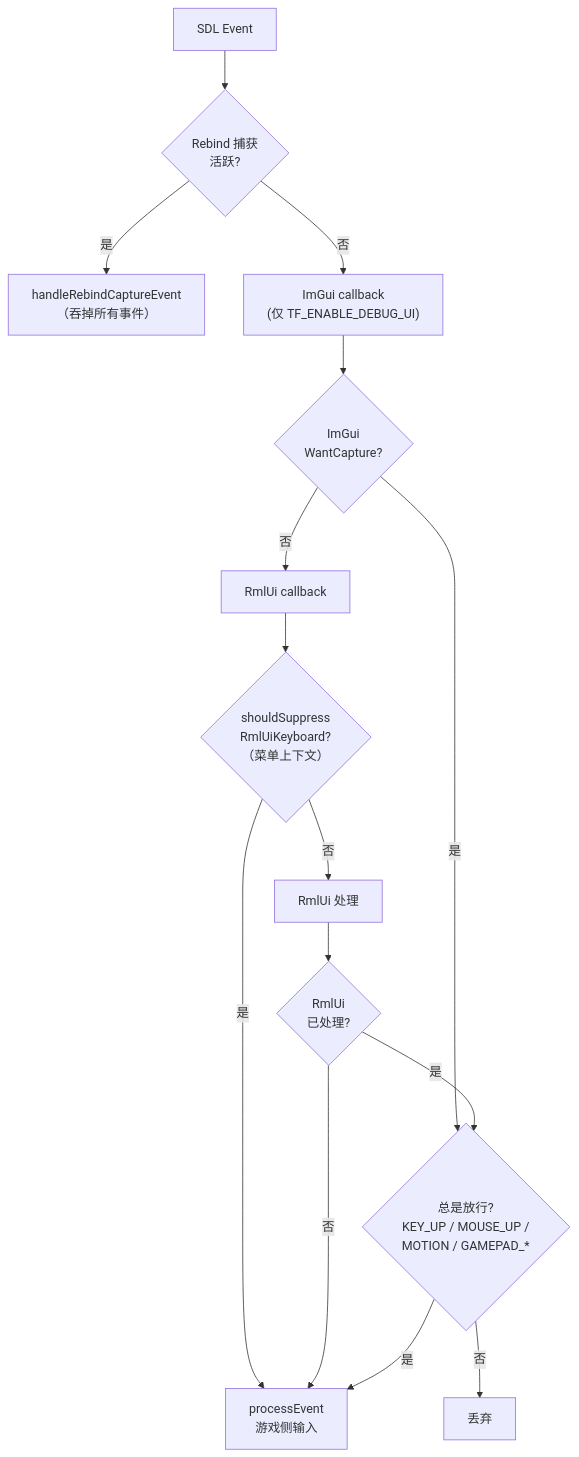
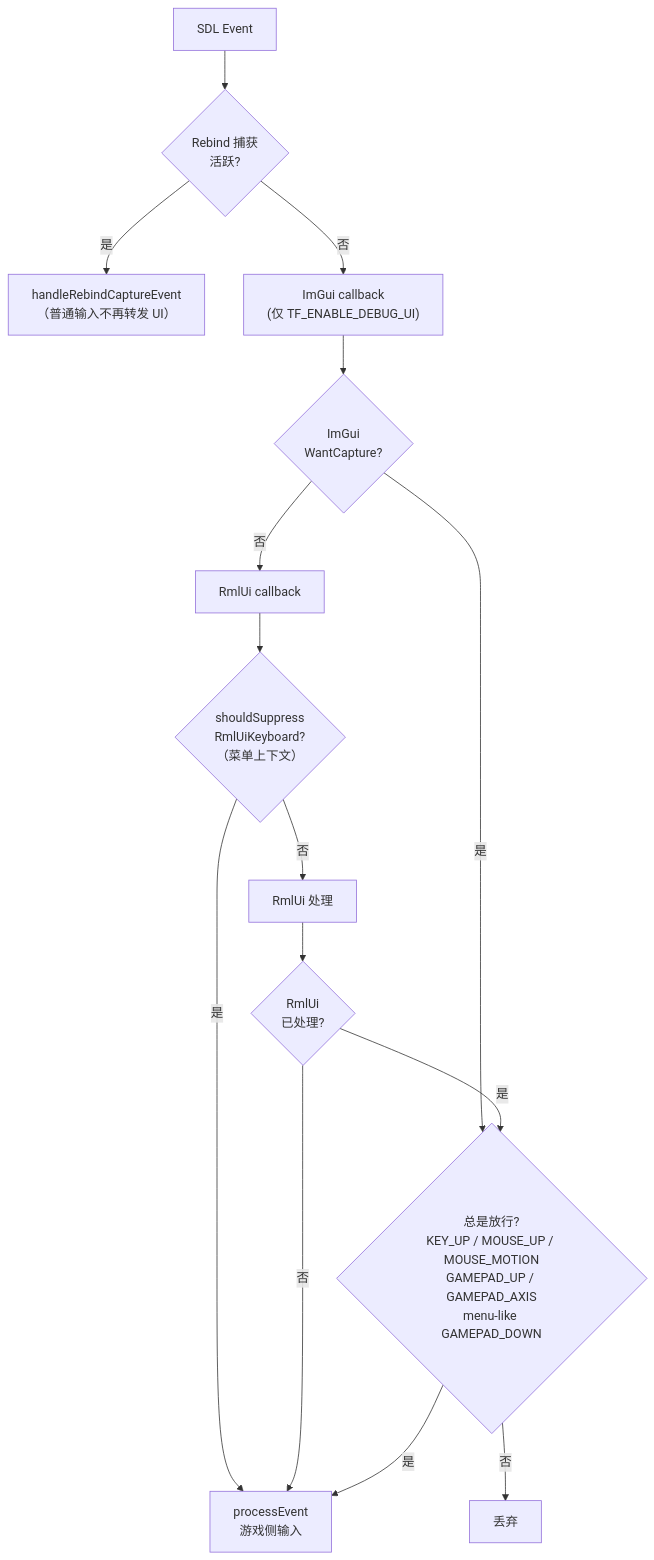
The fifth of 6 diagrams in lecture_plans/lectures/05-输入上下文与菜单导航.md (WispSnow/TinyFarmRPG), drawn with Mermaid before and after one commit. The commit also changed other lines of this file and 7 other files, not shown here.

````diff
--- a/lecture_plans/lectures/05-输入上下文与菜单导航.md
+++ b/lecture_plans/lectures/05-输入上下文与菜单导航.md
@@ -228,17 +232,17 @@
 ```mermaid
 flowchart TD
     SDL["SDL Event"] --> RBC{"Rebind 捕获<br/>活跃?"}
-    RBC -- "是" --> RBH["handleRebindCaptureEvent<br/>（吞掉所有事件）"]
+    RBC -- "是" --> RBH["handleRebindCaptureEvent<br/>（普通输入不再转发 UI）"]
     RBC -- "否" --> IM["ImGui callback<br/>(仅 TF_ENABLE_DEBUG_UI)"]
     IM --> IGCAP{"ImGui<br/>WantCapture?"}
-    IGCAP -- "是" --> ALWAYS{"总是放行?<br/>KEY_UP / MOUSE_UP /<br/>MOTION / GAMEPAD_*"}
+    IGCAP -- "是" --> ALWAYS{"总是放行?<br/>KEY_UP / MOUSE_UP / MOUSE_MOTION<br/>GAMEPAD_UP / GAMEPAD_AXIS<br/>menu-like GAMEPAD_DOWN"}
     IGCAP -- "否" --> RML["RmlUi callback"]
     RML --> SUP{"shouldSuppress<br/>RmlUiKeyboard?<br/>（菜单上下文）"}
     SUP -- "是" --> PE["processEvent<br/>游戏侧输入"]
     SUP -- "否" --> RMLPROC["RmlUi 处理"]
     RMLPROC --> RMLCAP{"RmlUi<br/>已处理?"}
     RMLCAP -- "是" --> ALWAYS
     RMLCAP -- "否" --> PE
     ALWAYS -- "是" --> PE
     ALWAYS -- "否" --> DONE["丢弃"]
 ```
````
